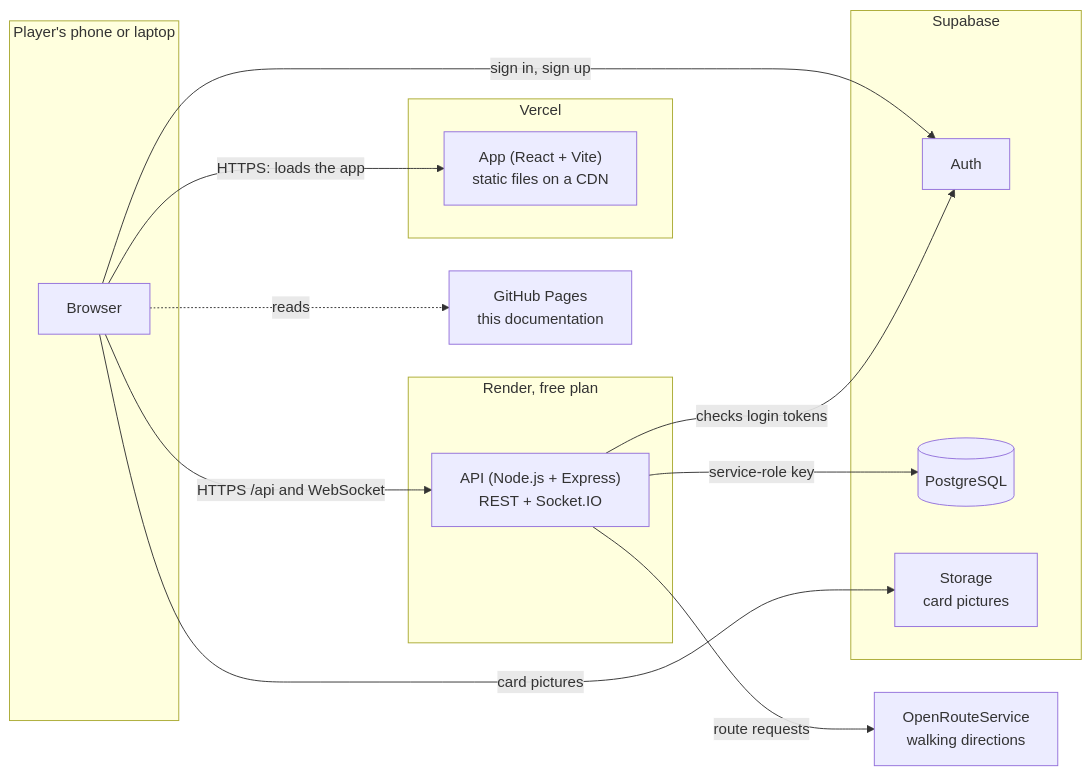
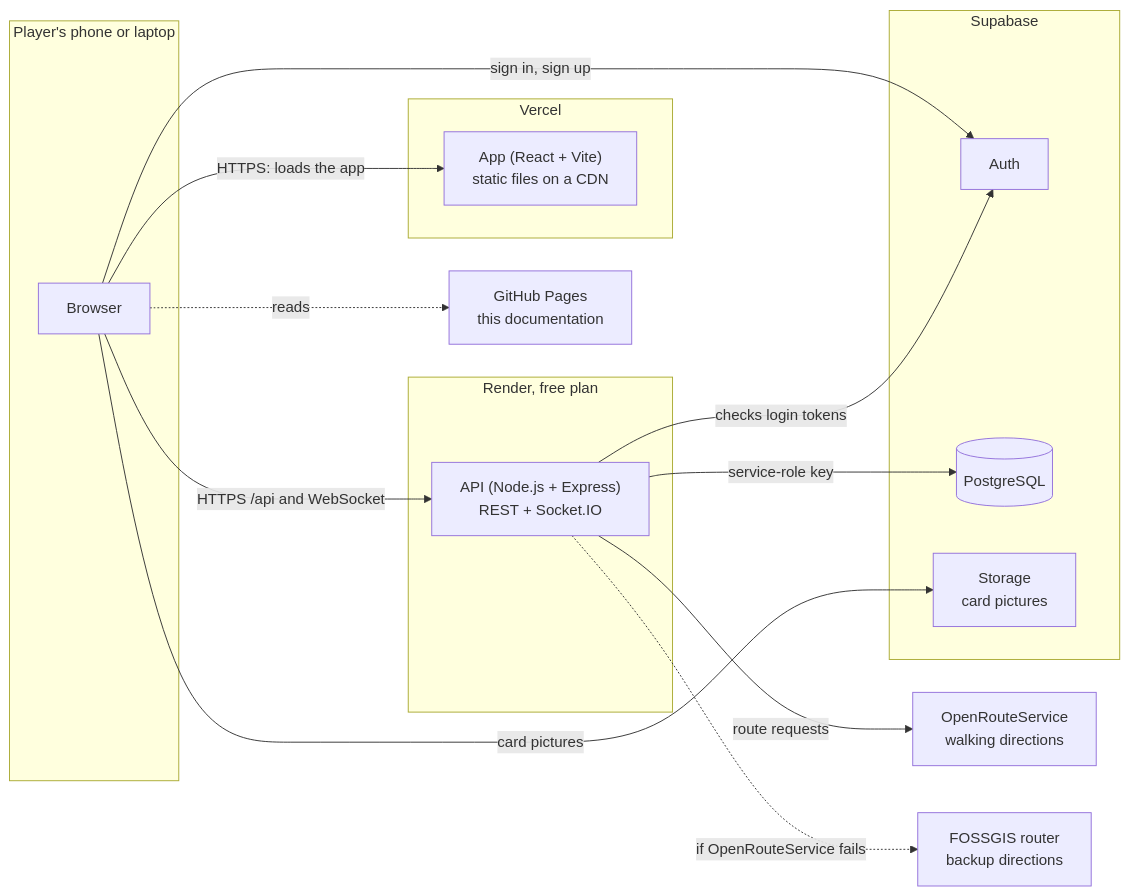
One commit to NkadimengKgothatso/-wits-quest changed the first of 3 diagrams in docs/development/deployment.md. Above: the diagram before and after it, drawn with Mermaid. The commit also changed other lines of this file and 6 other files, not shown here.

Commit message:
Document the FOSSGIS backup for walking directions

````diff
--- a/docs/development/deployment.md
+++ b/docs/development/deployment.md
@@ -20,28 +20,30 @@
 ```mermaid
 flowchart LR
     subgraph Phone["Player's phone or laptop"]
         B[Browser]
     end
     subgraph Vercel["Vercel"]
         FE["App (React + Vite)<br/>static files on a CDN"]
     end
     subgraph Render["Render, free plan"]
         API["API (Node.js + Express)<br/>REST + Socket.IO"]
     end
     subgraph Supabase["Supabase"]
         AUTH[Auth]
         DB[(PostgreSQL)]
         ST[Storage<br/>card pictures]
     end
     ORS[OpenRouteService<br/>walking directions]
+    FOS[FOSSGIS router<br/>backup directions]
     GP[GitHub Pages<br/>this documentation]
 
     B -->|HTTPS: loads the app| FE
     B -->|HTTPS /api and WebSocket| API
     B -->|sign in, sign up| AUTH
     B -->|card pictures| ST
     API -->|service-role key| DB
     API -->|checks login tokens| AUTH
     API -->|route requests| ORS
+    API -.->|if OpenRouteService fails| FOS
     B -.->|reads| GP
 ```
````
